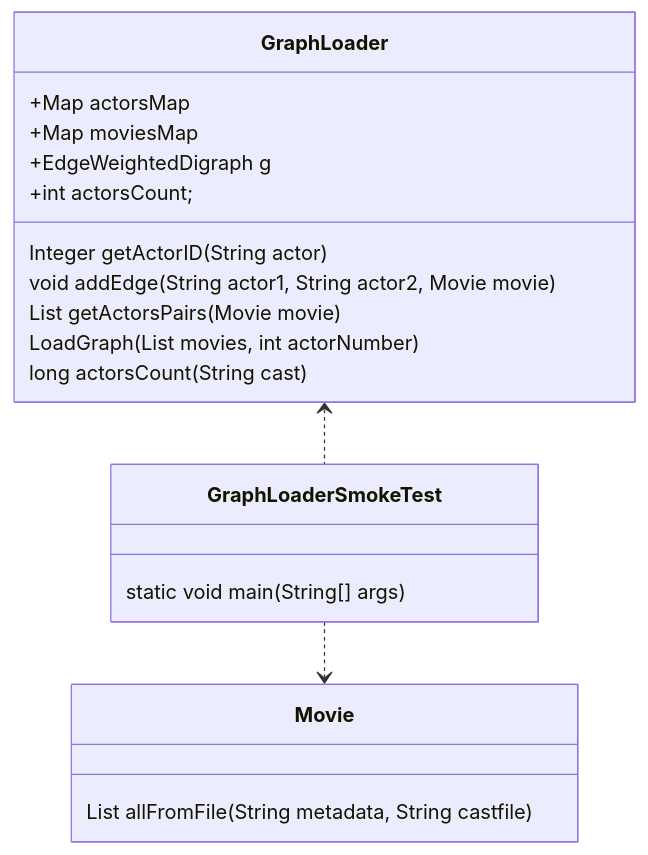
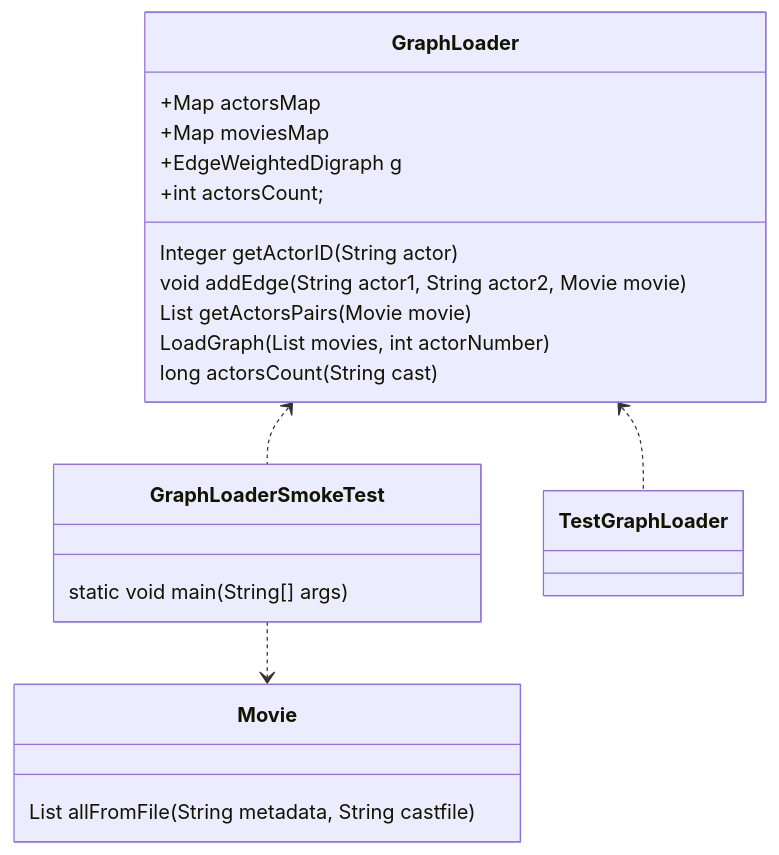
Before and after one commit to adsw-upm/adsw-laboratorios: the second of 2 diagrams in adsw-lab-2/README.md, drawn with Mermaid.

````diff
--- a/adsw-lab-2/README.md
+++ b/adsw-lab-2/README.md
@@ -73,24 +73,25 @@
 ```mermaid	
 classDiagram
       GraphLoader <.. GraphLoaderSmokeTest
+      GraphLoader <.. TestGraphLoader
       GraphLoaderSmokeTest ..> Movie
 
       class GraphLoader{
           +Map<String, Integer> actorsMap
           +Map<DirectedEdge, Movie> moviesMap
           +EdgeWeightedDigraph g
           +int actorsCount;
         Integer getActorID(String actor)          
         void addEdge(String actor1, String actor2, Movie movie)
         List<String[]> getActorsPairs(Movie movie)
         LoadGraph(List<Movie> movies, int actorNumber)
         long actorsCount(String cast)
       }
       class GraphLoaderSmokeTest{
           static void main(String[] args)
       }
 
       class Movie{
           List<Movie> allFromFile(String metadata, String castfile)
       }
 ```
````
